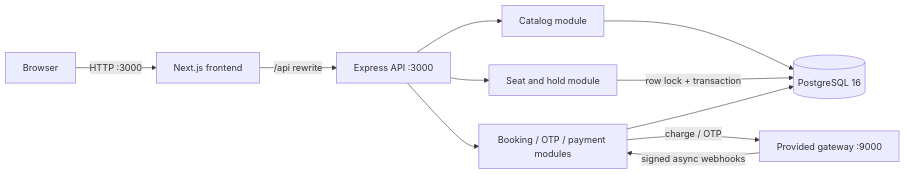
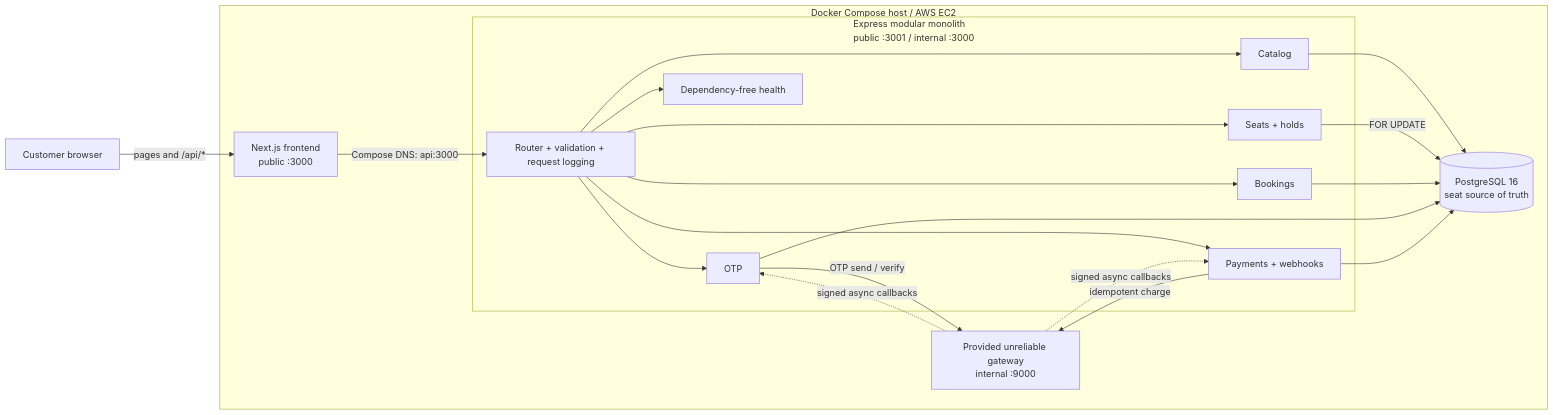
Before and after one commit to YeaishTurj/CinemaSeat---When-Everyone-Wants-the-Same-Seat: the first of 5 diagrams in README.md, drawn with Mermaid. The commit also changed other lines of this file, not shown here.

Commit message:
add judge-friendly architecture diagrams

````diff
--- a/README.md
+++ b/README.md
@@ -40,13 +55,39 @@
 ```mermaid
 flowchart LR
-    U[Browser] -->|HTTP :3000| F[Next.js frontend]
-    F -->|/api rewrite| A[Express API :3000]
-    A --> C[Catalog module]
-    A --> S[Seat and hold module]
-    A --> B[Booking / OTP / payment modules]
-    C --> P[(PostgreSQL 16)]
-    S -->|row lock + transaction| P
+    U[Customer browser]
+
+    subgraph HOST[Docker Compose host / AWS EC2]
+        F[Next.js frontend<br/>public :3000]
+
+        subgraph API[Express modular monolith<br/>public :3001 / internal :3000]
+            R[Router + validation + request logging]
+            C[Catalog]
+            S[Seats + holds]
+            B[Bookings]
+            O[OTP]
+            Y[Payments + webhooks]
+            H[Dependency-free health]
+        end
+
+        P[(PostgreSQL 16<br/>seat source of truth)]
+        G[Provided unreliable gateway<br/>internal :9000]
+    end
+
+    U -->|pages and /api/*| F
+    F -->|Compose DNS: api:3000| R
+    R --> C
+    R --> S
+    R --> B
+    R --> O
+    R --> Y
+    R --> H
+    C --> P
+    S -->|FOR UPDATE| P
     B --> P
-    B -->|charge / OTP| G[Provided gateway :9000]
-    G -->|signed async webhooks| B
+    O --> P
+    Y --> P
+    O -->|OTP send / verify| G
+    Y -->|idempotent charge| G
+    G -. signed async callbacks .-> O
+    G -. signed async callbacks .-> Y
 ```
````
